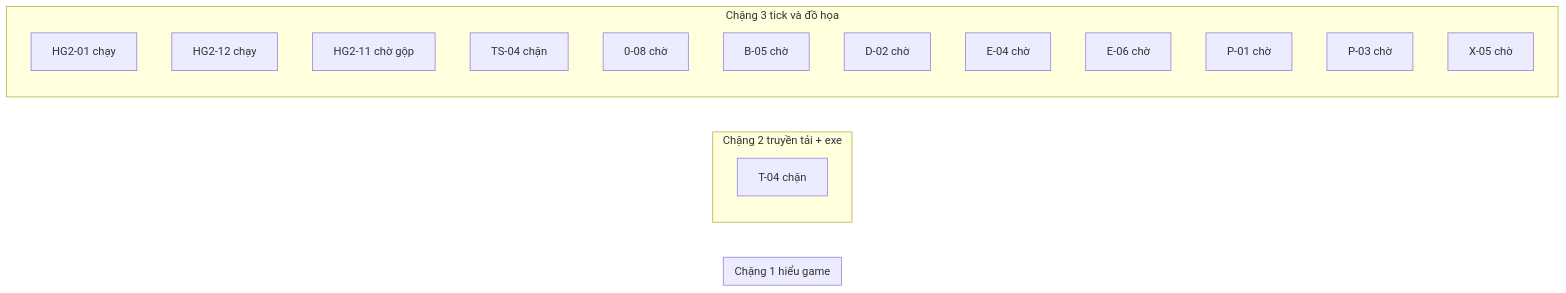
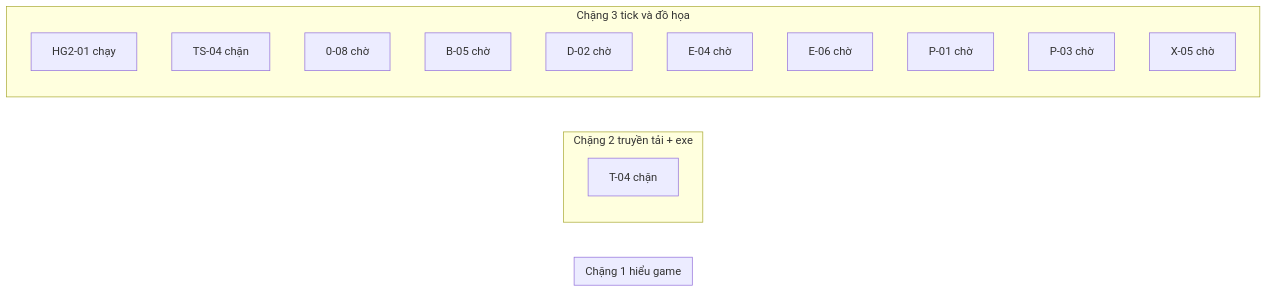
The diagram in JX1_OPS/STATE/TIEN-DO.md (ndtangoss-dev/jx1-reports), drawn with Mermaid before and after one commit. The commit also changed other lines of this file and 4 other files, not shown here.

````diff
--- a/JX1_OPS/STATE/TIEN-DO.md
+++ b/JX1_OPS/STATE/TIEN-DO.md
@@ -9,22 +9,20 @@
 ```mermaid
 flowchart LR
   subgraph S1["Chặng 1 hiểu game"]
   end
   subgraph S2["Chặng 2 truyền tải + exe"]
     T_04["T-04 chặn"]
   end
   subgraph S3["Chặng 3 tick và đồ họa"]
     HG2_01["HG2-01 chạy"]
-    HG2_12["HG2-12 chạy"]
-    HG2_11["HG2-11 chờ gộp"]
     TS_04["TS-04 chặn"]
     0_08["0-08 chờ"]
     B_05["B-05 chờ"]
     D_02["D-02 chờ"]
     E_04["E-04 chờ"]
     E_06["E-06 chờ"]
     P_01["P-01 chờ"]
     P_03["P-03 chờ"]
     X_05["X-05 chờ"]
   end
 ```
````
